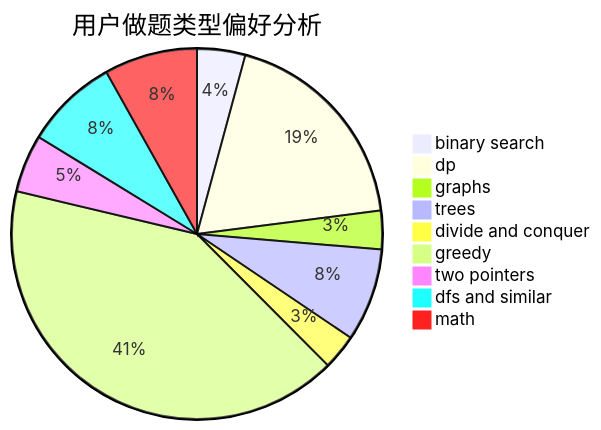
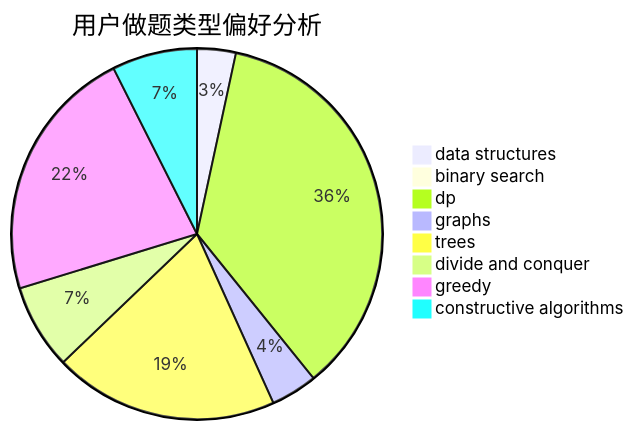
Before and after one commit to sherpahu/cfrs.github.io: the second of 3 diagrams in docs/user/u462.md, drawn with Mermaid. The commit also changed other lines of this file and 2775 other files, not shown here.

````diff
--- a/docs/user/u462.md
+++ b/docs/user/u462.md
@@ -23,12 +23,11 @@
 ```mermaid
 pie title 用户做题类型偏好分析
-    "binary search" :  15
-    "dp" :  67
-    "graphs" :  12
+    "data structures" :  5
+    "binary search" :  1
+    "dp" :  53
+    "graphs" :  6
     "trees" :  29
     "divide and conquer" :  11
-    "greedy" :  147
-    "two pointers" :  18
-    "dfs and similar" :  29
-    "math" :  29
+    "greedy" :  33
+    "constructive algorithms" :  11
 ```
````
